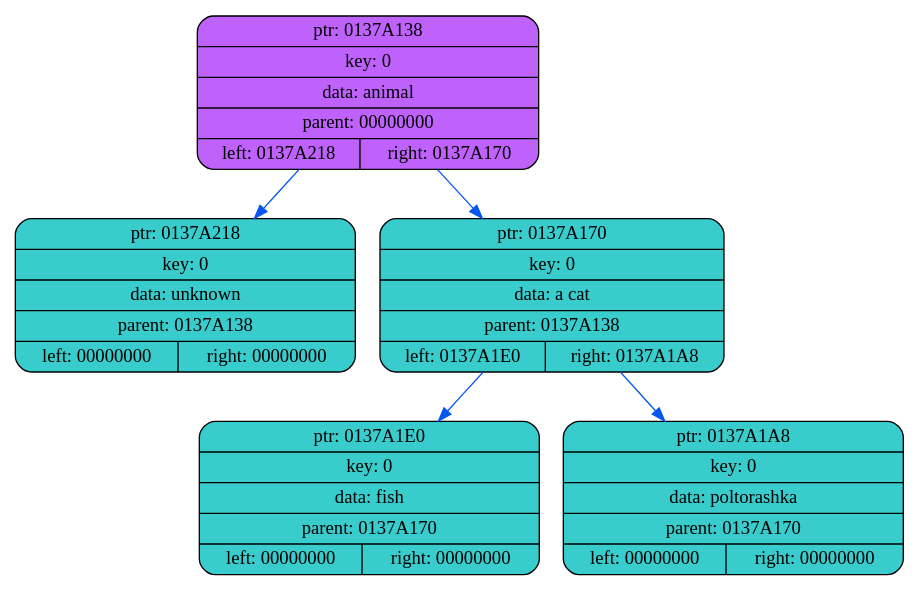
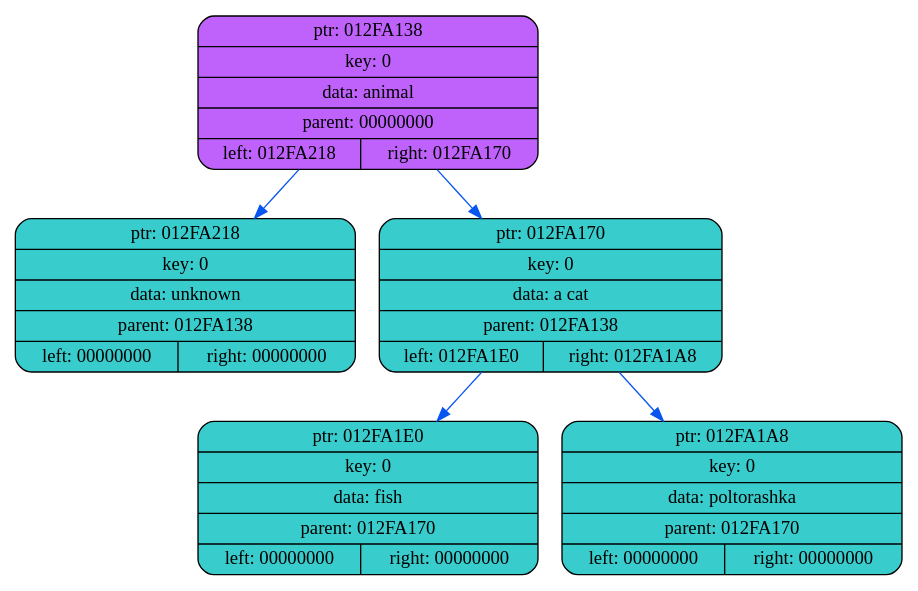
The diagram in dump/dump2.dot (coffee8cat/akinator), drawn with Graphviz before and after one commit. The commit also changed 12 other files, not shown here.

```diff
--- a/dump/dump2.dot
+++ b/dump/dump2.dot
@@ -1,14 +1,14 @@
 digraph
 {
     rankdir=TP
 
-        node0137A138[shape=record,style="rounded,filled",fillcolor="#BF62FC",label="{ ptr: 0137A138 | key: 0 | data: animal| parent: 00000000| { left: 0137A218 | right: 0137A170 }}"];
-    node0137A138 -> node0137A218[color="#0855F0"]
-    node0137A218[shape=record,style="rounded,filled",fillcolor="#39CCCC",label="{ ptr: 0137A218 | key: 0 | data: unknown| parent: 0137A138 | { left: 00000000 | right: 00000000 }}"];
-    node0137A138 -> node0137A170[color="#0855F0"]
-    node0137A170[shape=record,style="rounded,filled",fillcolor="#39CCCC",label="{ ptr: 0137A170 | key: 0 | data: a cat| parent: 0137A138 | { left: 0137A1E0 | right: 0137A1A8 }}"];
-    node0137A170 -> node0137A1E0[color="#0855F0"]
-    node0137A1E0[shape=record,style="rounded,filled",fillcolor="#39CCCC",label="{ ptr: 0137A1E0 | key: 0 | data: fish| parent: 0137A170 | { left: 00000000 | right: 00000000 }}"];
-    node0137A170 -> node0137A1A8[color="#0855F0"]
-    node0137A1A8[shape=record,style="rounded,filled",fillcolor="#39CCCC",label="{ ptr: 0137A1A8 | key: 0 | data: poltorashka| parent: 0137A170 | { left: 00000000 | right: 00000000 }}"];
+        node012FA138[shape=record,style="rounded,filled",fillcolor="#BF62FC",label="{ ptr: 012FA138 | key: 0 | data: animal| parent: 00000000| { left: 012FA218 | right: 012FA170 }}"];
+    node012FA138 -> node012FA218[color="#0855F0"]
+    node012FA218[shape=record,style="rounded,filled",fillcolor="#39CCCC",label="{ ptr: 012FA218 | key: 0 | data: unknown| parent: 012FA138 | { left: 00000000 | right: 00000000 }}"];
+    node012FA138 -> node012FA170[color="#0855F0"]
+    node012FA170[shape=record,style="rounded,filled",fillcolor="#39CCCC",label="{ ptr: 012FA170 | key: 0 | data: a cat| parent: 012FA138 | { left: 012FA1E0 | right: 012FA1A8 }}"];
+    node012FA170 -> node012FA1E0[color="#0855F0"]
+    node012FA1E0[shape=record,style="rounded,filled",fillcolor="#39CCCC",label="{ ptr: 012FA1E0 | key: 0 | data: fish| parent: 012FA170 | { left: 00000000 | right: 00000000 }}"];
+    node012FA170 -> node012FA1A8[color="#0855F0"]
+    node012FA1A8[shape=record,style="rounded,filled",fillcolor="#39CCCC",label="{ ptr: 012FA1A8 | key: 0 | data: poltorashka| parent: 012FA170 | { left: 00000000 | right: 00000000 }}"];
 }
```
